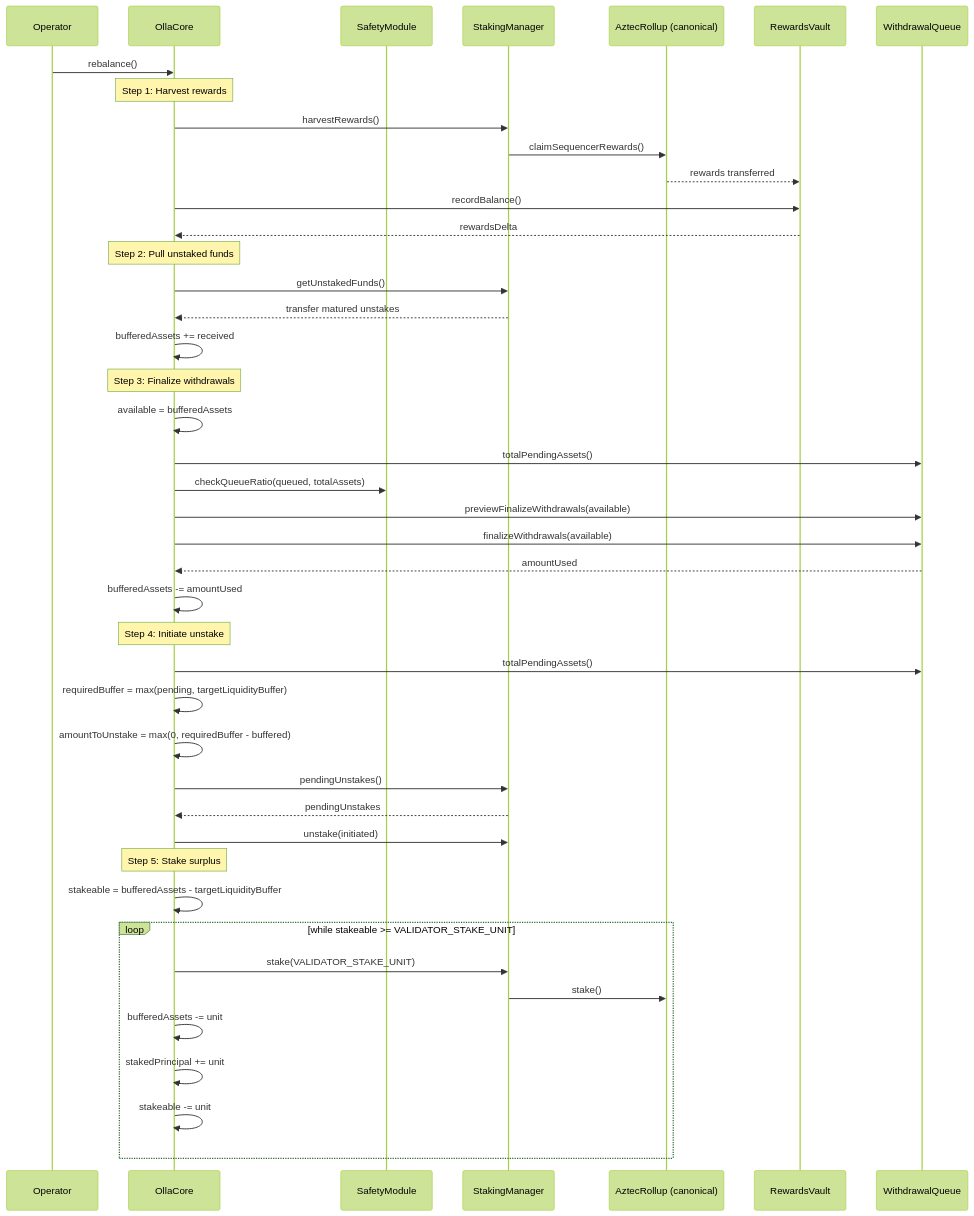
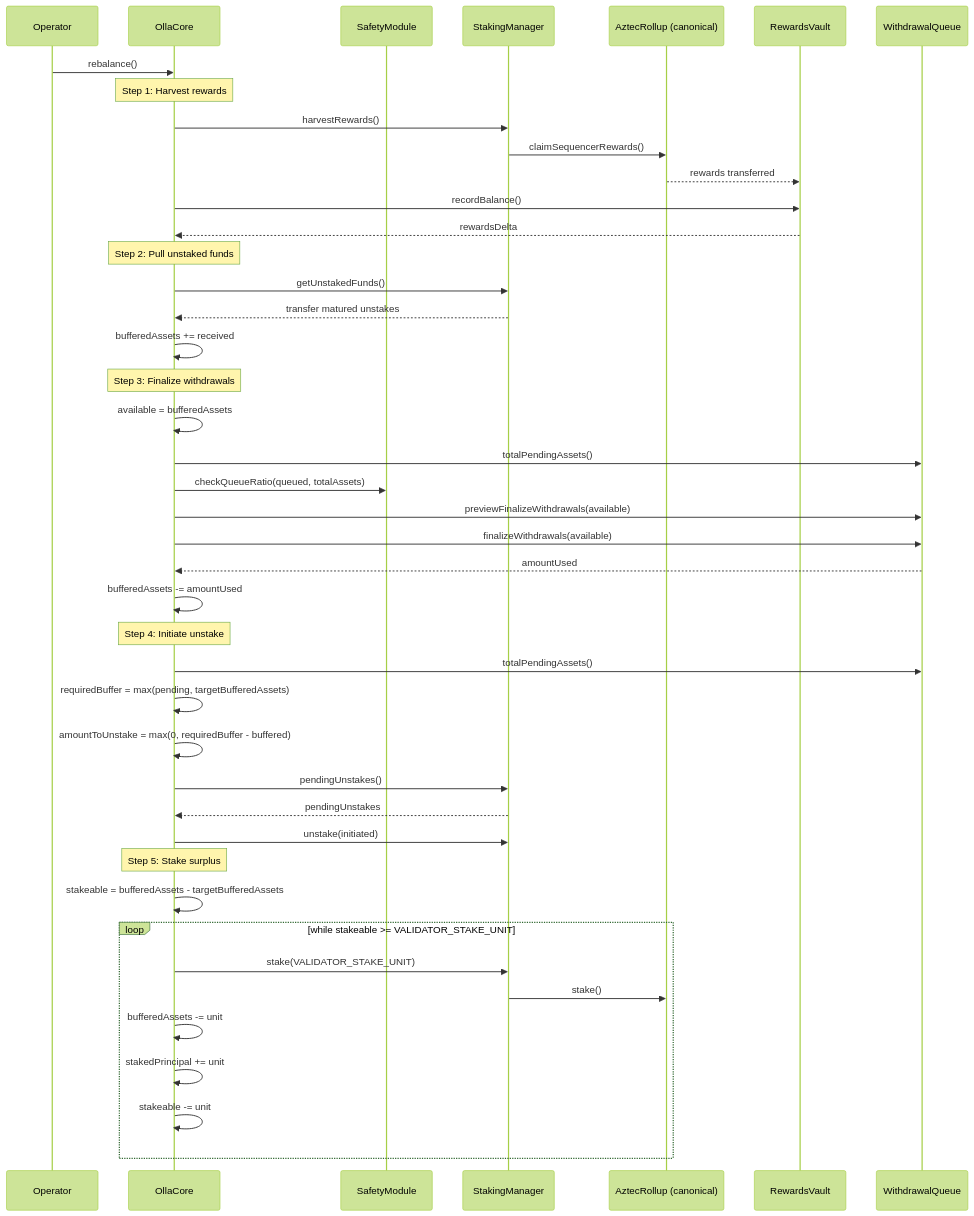
Before and after one commit to ollafinance/core: the eighth of 9 diagrams in mermaid-diagrams.md, drawn with Mermaid (forest theme). The commit also changed other lines of this file and 5 other files, not shown here.

Commit message:
targetLiquidityBuffer > targetBufferedAssets

````diff
--- a/mermaid-diagrams.md
+++ b/mermaid-diagrams.md
@@ -262,51 +262,51 @@
 ```mermaid
 sequenceDiagram
     participant OP as Operator
     participant C as OllaCore
     participant SAF as SafetyModule
     participant SM as StakingManager
     participant AR as AztecRollup (canonical)
     participant RV as RewardsVault
     participant WQ as WithdrawalQueue
 
     OP->>C: rebalance()
 
     Note over C: Step 1: Harvest rewards
     C->>SM: harvestRewards()
     SM->>AR: claimSequencerRewards()
     AR-->>RV: rewards transferred
     C->>RV: recordBalance()
     RV-->>C: rewardsDelta
 
     Note over C: Step 2: Pull unstaked funds
     C->>SM: getUnstakedFunds()
     SM-->>C: transfer matured unstakes
     C->>C: bufferedAssets += received
 
     Note over C: Step 3: Finalize withdrawals
     C->>C: available = bufferedAssets
     C->>WQ: totalPendingAssets()
     C->>SAF: checkQueueRatio(queued, totalAssets)
     C->>WQ: previewFinalizeWithdrawals(available)
     C->>WQ: finalizeWithdrawals(available)
     WQ-->>C: amountUsed
     C->>C: bufferedAssets -= amountUsed
 
     Note over C: Step 4: Initiate unstake
     C->>WQ: totalPendingAssets()
-    C->>C: requiredBuffer = max(pending, targetLiquidityBuffer)
+    C->>C: requiredBuffer = max(pending, targetBufferedAssets)
     C->>C: amountToUnstake = max(0, requiredBuffer - buffered)
     C->>SM: pendingUnstakes()
     SM-->>C: pendingUnstakes
     C->>SM: unstake(initiated)
 
     Note over C: Step 5: Stake surplus
-    C->>C: stakeable = bufferedAssets - targetLiquidityBuffer
+    C->>C: stakeable = bufferedAssets - targetBufferedAssets
     loop while stakeable >= VALIDATOR_STAKE_UNIT
         C->>SM: stake(VALIDATOR_STAKE_UNIT)
         SM->>AR: stake()
         C->>C: bufferedAssets -= unit
         C->>C: stakedPrincipal += unit
         C->>C: stakeable -= unit
     end
 ```
````
